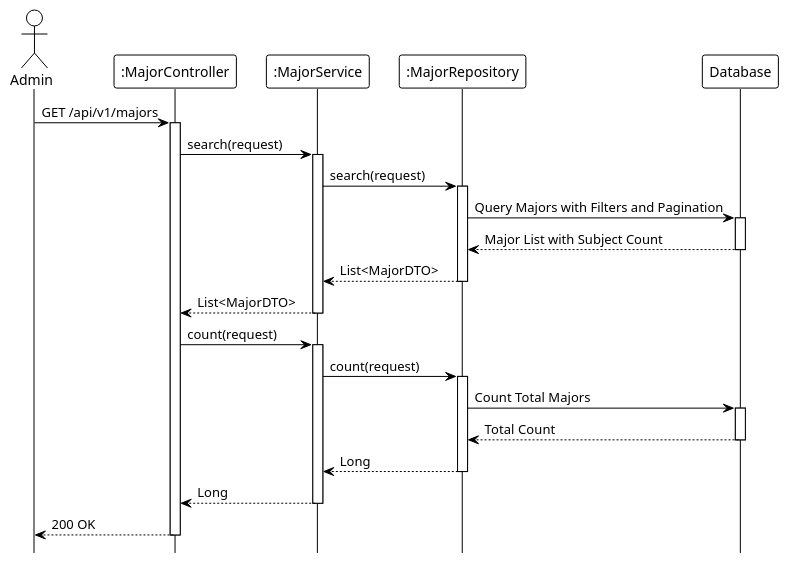
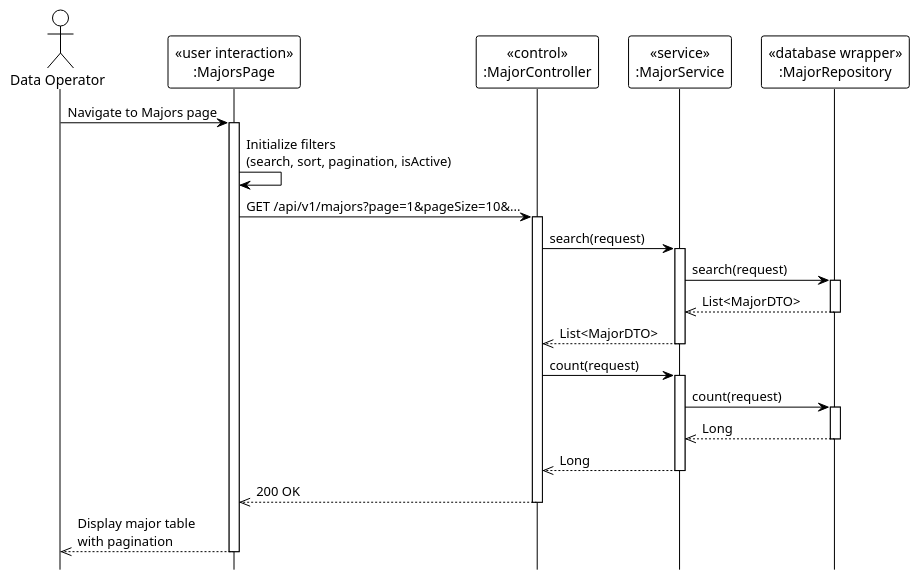
Before and after one commit to Ndh474/context: the diagram in system_detailed_design/12_view_list_major/sequence_diagram_view_list_major.puml, drawn with PlantUML. The commit also changed 6 other files, not shown here.

Commit message:
docs(system_detailed_design): add UML stereotypes to major sequence diagrams

```diff
--- a/system_detailed_design/12_view_list_major/sequence_diagram_view_list_major.puml
+++ b/system_detailed_design/12_view_list_major/sequence_diagram_view_list_major.puml
@@ -1,56 +1,49 @@
 @startuml view_list_major
 !theme plain
 hide footbox
 
-actor Admin
-participant ":MajorController" as Controller
-participant ":MajorService" as Service
-participant ":MajorRepository" as Repository
-participant "Database" as DB
+actor "Data Operator" as DataOperator
 
-' --- MAIN FLOW ---
-Admin -> Controller: GET /api/v1/majors
+participant "«user interaction»\n:MajorsPage" as UI
+participant "«control»\n:MajorController" as Controller
+participant "«service»\n:MajorService" as Service
+participant "«database wrapper»\n:MajorRepository" as Repository
+
+' === MAIN FLOW ===
+DataOperator -> UI: Navigate to Majors page
+activate UI
+
+UI -> UI: Initialize filters\n(search, sort, pagination, isActive)
+
+UI -> Controller: GET /api/v1/majors?page=1&pageSize=10&...
 activate Controller
 
 Controller -> Service: search(request)
 activate Service
 
-' --- SEARCH QUERY ---
 Service -> Repository: search(request)
 activate Repository
-
-Repository -> DB: Query Majors with Filters and Pagination
-activate DB
-DB --> Repository: Major List with Subject Count
-deactivate DB
-
-Repository --> Service: List<MajorDTO>
+Repository -->> Service: List<MajorDTO>
 deactivate Repository
 
-Service --> Controller: List<MajorDTO>
+Service -->> Controller: List<MajorDTO>
 deactivate Service
 
-' --- COUNT QUERY ---
 Controller -> Service: count(request)
 activate Service
 
 Service -> Repository: count(request)
 activate Repository
-
-Repository -> DB: Count Total Majors
-activate DB
-DB --> Repository: Total Count
-deactivate DB
-
-Repository --> Service: Long
+Repository -->> Service: Long
 deactivate Repository
 
-Service --> Controller: Long
+Service -->> Controller: Long
 deactivate Service
 
-' Build paging response (internal)
-
-Controller --> Admin: 200 OK
+Controller -->> UI: 200 OK
 deactivate Controller
 
+UI -->> DataOperator: Display major table\nwith pagination
+deactivate UI
+
 @enduml
```
